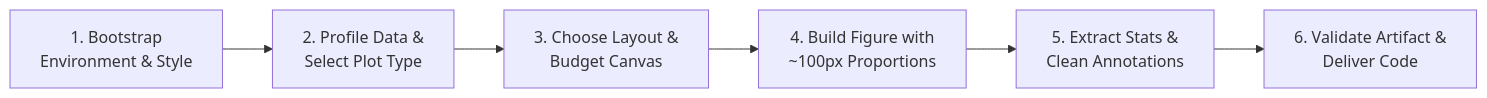
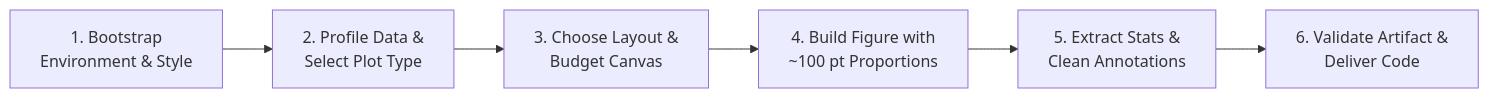
Before and after one commit to young-ai-exo/personal-skills: the diagram in skills/cnsplots-v3/SKILL.md, drawn with Mermaid. The commit also changed other lines of this file and 14 other files, not shown here.

````diff
--- a/skills/cnsplots-v3/SKILL.md
+++ b/skills/cnsplots-v3/SKILL.md
@@ -40,8 +43,8 @@
 ```mermaid
 flowchart LR
     S1["1. Bootstrap<br>Environment & Style"] --> S2["2. Profile Data &<br>Select Plot Type"]
     S2 --> S3["3. Choose Layout &<br>Budget Canvas"]
-    S3 --> S4["4. Build Figure with<br>~100px Proportions"]
+    S3 --> S4["4. Build Figure with<br>~100 pt Proportions"]
     S4 --> S5["5. Extract Stats &<br>Clean Annotations"]
     S5 --> S6["6. Validate Artifact &<br>Deliver Code"]
 ```
````
